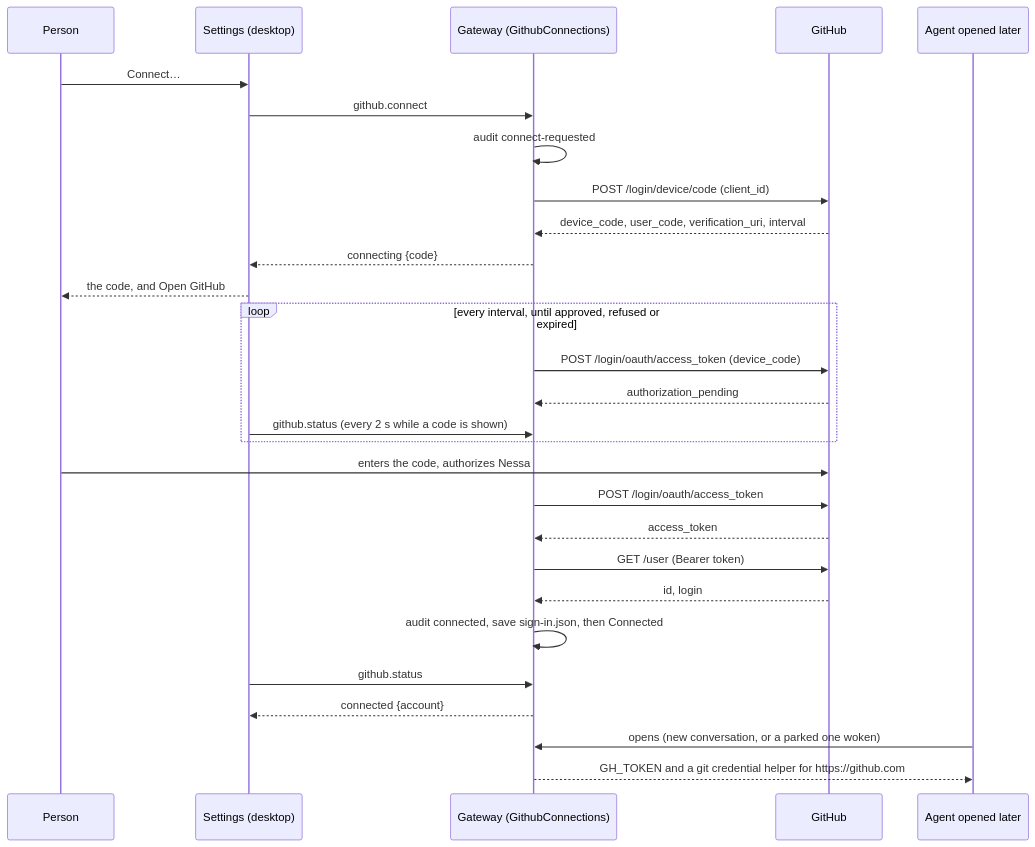
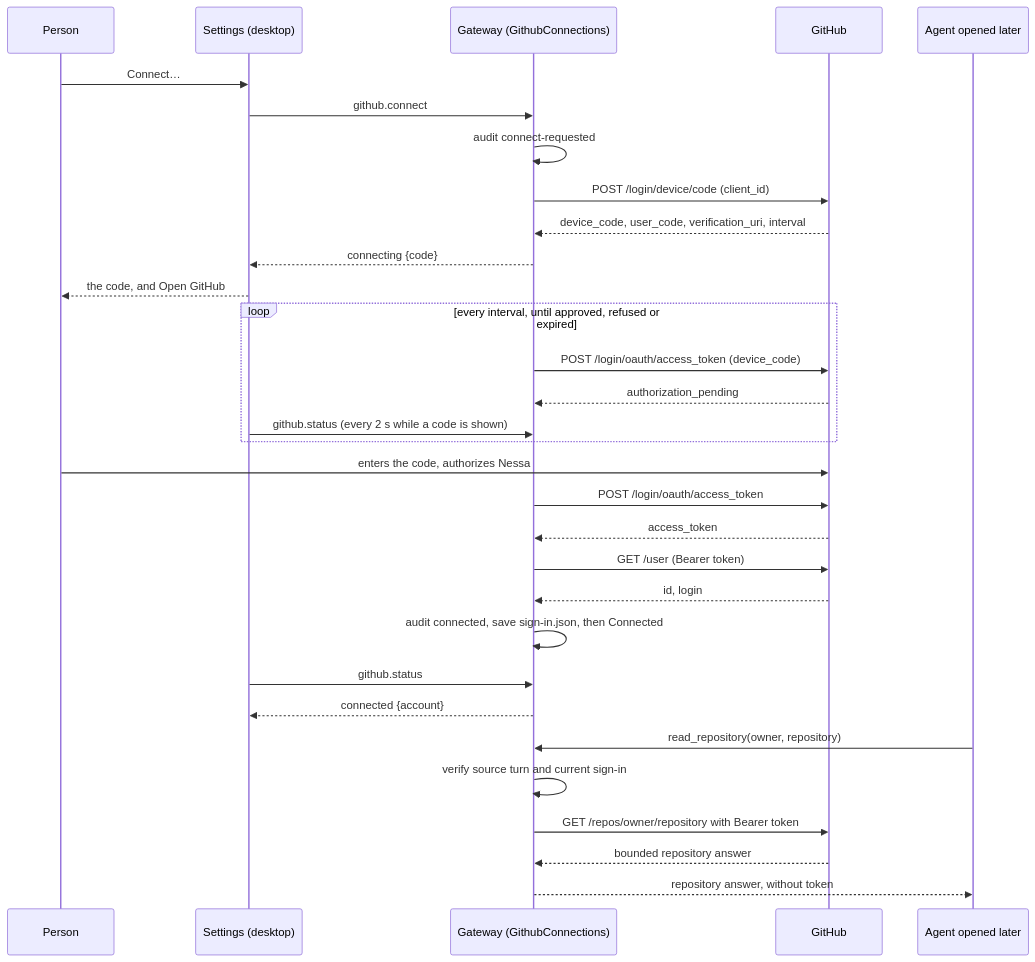
One commit to nessalabs/nessa-agent changed the diagram in docs/design/github-connect.md. Above: the diagram before and after it, drawn with Mermaid. The commit also changed other lines of this file and 28 other files, not shown here.

Commit message:
Broker GitHub reads without agent environment credentials

````diff
--- a/docs/design/github-connect.md
+++ b/docs/design/github-connect.md
@@ -27,30 +27,33 @@
 ```mermaid
 sequenceDiagram
     participant P as Person
     participant S as Settings (desktop)
     participant G as Gateway (GithubConnections)
     participant H as GitHub
     participant A as Agent opened later
     P->>S: Connect…
     S->>G: github.connect
     G->>G: audit connect-requested
     G->>H: POST /login/device/code (client_id)
     H-->>G: device_code, user_code, verification_uri, interval
     G-->>S: connecting {code}
     S-->>P: the code, and Open GitHub
     loop every interval, until approved, refused or expired
         G->>H: POST /login/oauth/access_token (device_code)
         H-->>G: authorization_pending
         S->>G: github.status (every 2 s while a code is shown)
     end
     P->>H: enters the code, authorizes Nessa
     G->>H: POST /login/oauth/access_token
     H-->>G: access_token
     G->>H: GET /user (Bearer token)
     H-->>G: id, login
     G->>G: audit connected, save sign-in.json, then Connected
     S->>G: github.status
     G-->>S: connected {account}
-    A->>G: opens (new conversation, or a parked one woken)
-    G-->>A: GH_TOKEN and a git credential helper for https://github.com
+    A->>G: read_repository(owner, repository)
+    G->>G: verify source turn and current sign-in
+    G->>H: GET /repos/owner/repository with Bearer token
+    H-->>G: bounded repository answer
+    G-->>A: repository answer, without token
 ```
````
